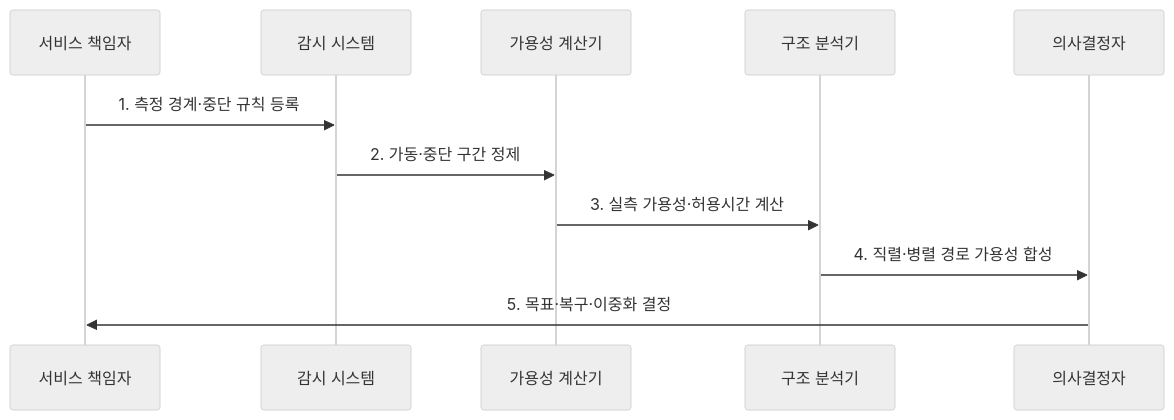
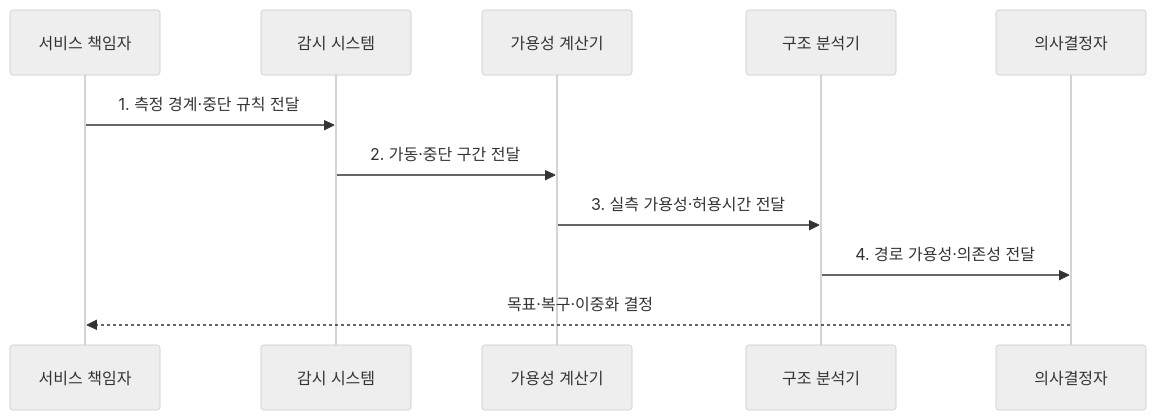
One commit to agnusdei1207/knowledge-base changed the second of 2 diagrams in src/content/docs/notes/06-evaluation/013_availability_calculation.md. Above: the diagram before and after it, drawn with Mermaid (neutral theme). The commit also changed other lines of this file and 20 other files, not shown here.

````diff
--- a/src/content/docs/notes/06-evaluation/013_availability_calculation.md
+++ b/src/content/docs/notes/06-evaluation/013_availability_calculation.md
@@ -82,13 +81,13 @@
 ```mermaid
 sequenceDiagram
   participant O as 서비스 책임자
   participant M as 감시 시스템
   participant C as 가용성 계산기
   participant A as 구조 분석기
   participant D as 의사결정자
-  O->>M: 1. 측정 경계·중단 규칙 등록
-  M->>C: 2. 가동·중단 구간 정제
-  C->>A: 3. 실측 가용성·허용시간 계산
-  A->>D: 4. 직렬·병렬 경로 가용성 합성
-  D->>O: 5. 목표·복구·이중화 결정
+  O->>M: 1. 측정 경계·중단 규칙 전달
+  M->>C: 2. 가동·중단 구간 전달
+  C->>A: 3. 실측 가용성·허용시간 전달
+  A->>D: 4. 경로 가용성·의존성 전달
+  D-->>O: 목표·복구·이중화 결정
 ```
````
